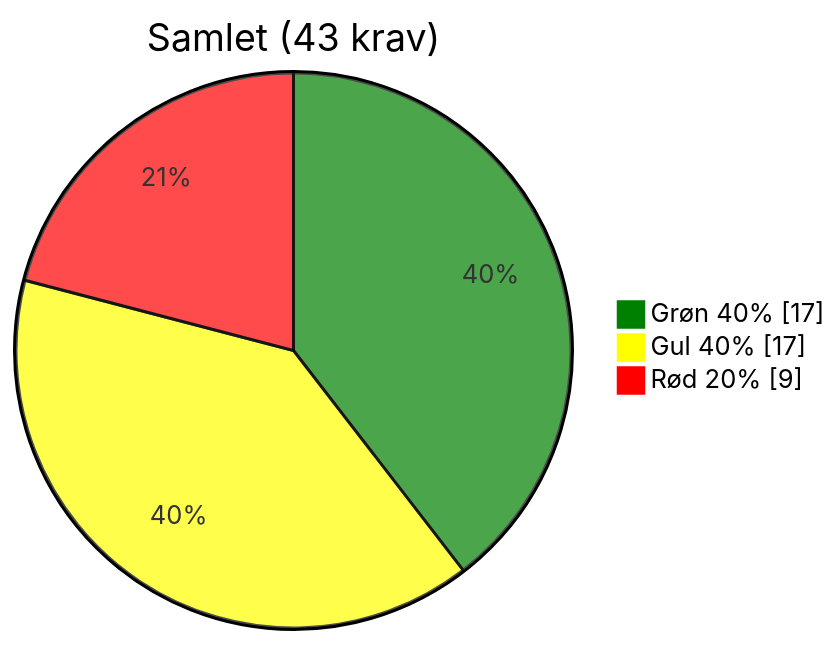
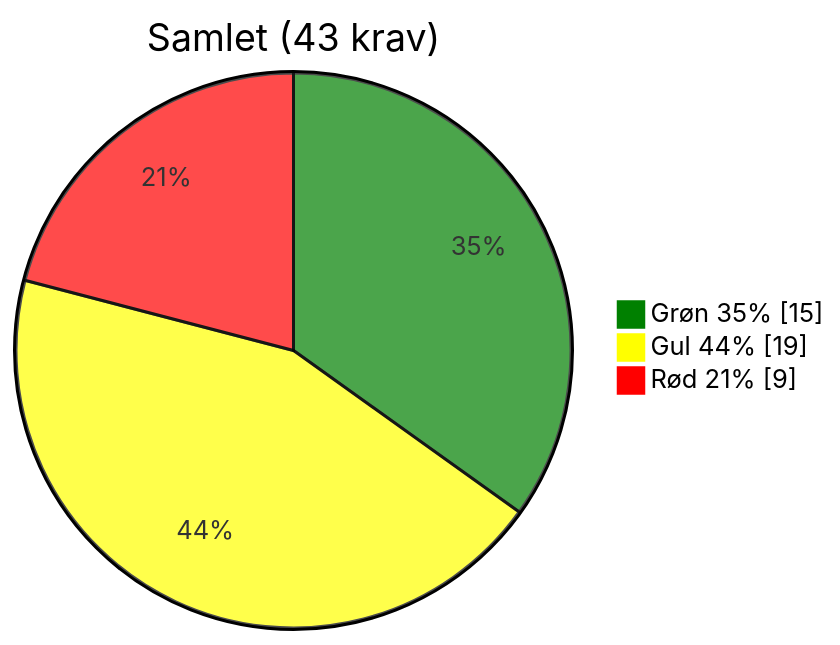
One commit to OS2offdig/os2-product-audits changed the fifth of 5 diagrams in 2025-09-audits/os2autoproces_assessment_2025-09-05.md. Above: the diagram before and after it, drawn with Mermaid. The commit also changed other lines of this file, not shown here.

Commit message:
Update percents and added pie charts

````diff
--- a/2025-09-audits/os2autoproces_assessment_2025-09-05.md
+++ b/2025-09-audits/os2autoproces_assessment_2025-09-05.md
@@ -172,10 +171,10 @@
 ```mermaid
 %%{init: {"themeVariables": {
   "pie1": "#008000", "pie2": "#FFFF00", "pie3": "#FF0000"
 }}}%%
 pie showData
   title Samlet (43 krav)
-  "Grøn 40%" : 17
-  "Gul 40%"  : 17
-  "Rød 20%"  : 9
+  "Grøn 35%" : 15
+  "Gul 44%"  : 19
+  "Rød 21%"  : 9
 ```
````
